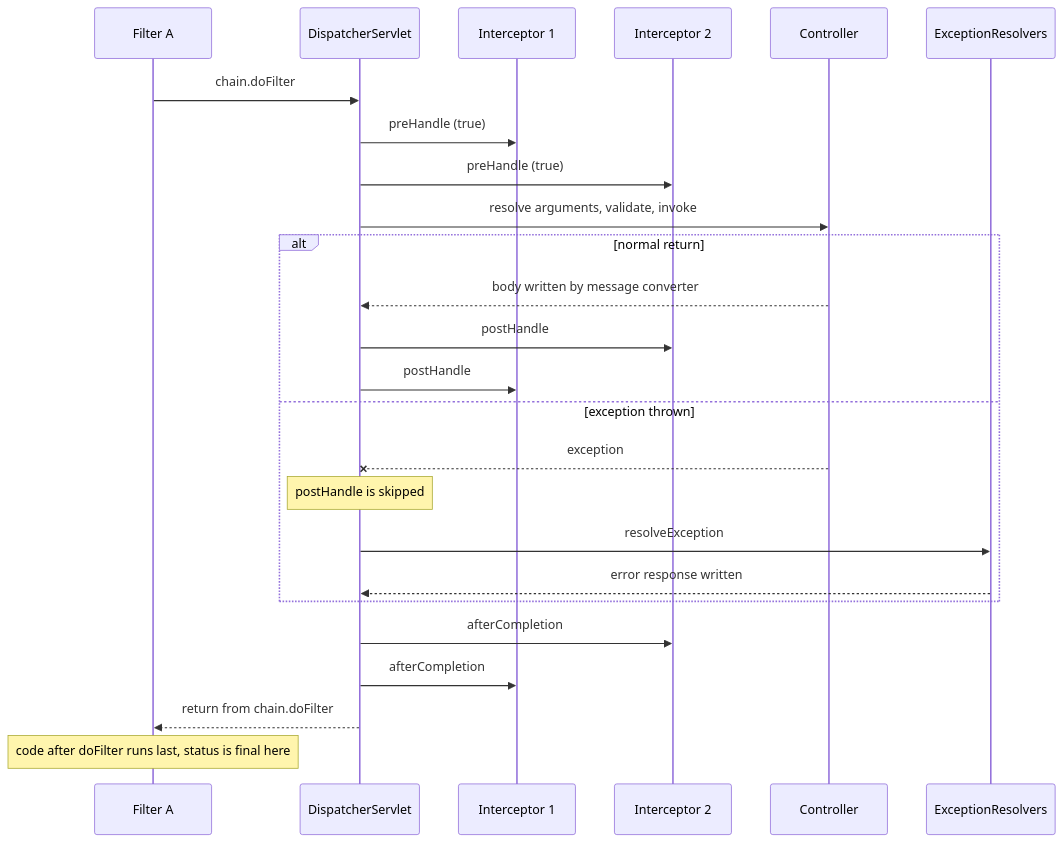
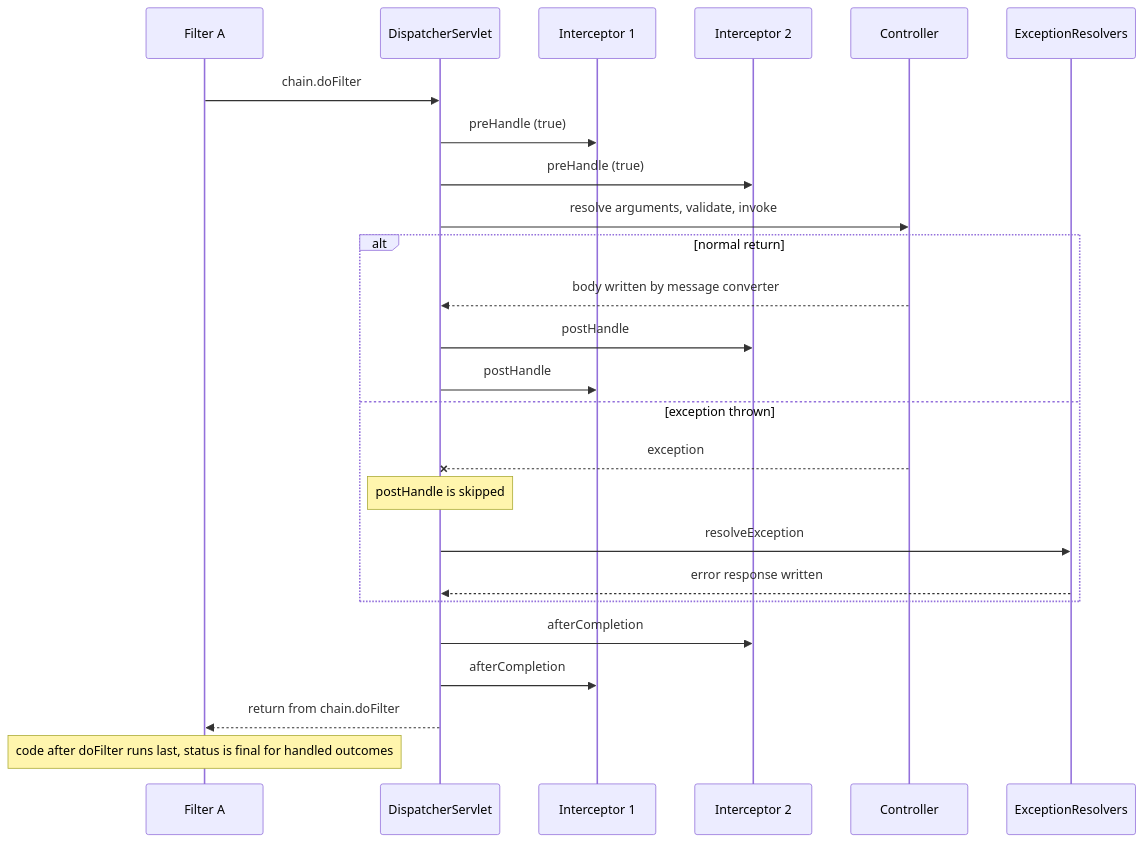
Before and after one commit to vishalhulawale/knowledge-base: the second of 2 diagrams in docs/spring-boot/05-spring-mvc-request-lifecycle-filters-vs-interceptors-excepti.md, drawn with Mermaid. The commit also changed other lines of this file and 5 other files, not shown here.

````diff
--- a/docs/spring-boot/05-spring-mvc-request-lifecycle-filters-vs-interceptors-excepti.md
+++ b/docs/spring-boot/05-spring-mvc-request-lifecycle-filters-vs-interceptors-excepti.md
@@ -106,27 +102,27 @@
 ```mermaid
 sequenceDiagram
     participant F as Filter A
     participant DS as DispatcherServlet
     participant I1 as Interceptor 1
     participant I2 as Interceptor 2
     participant CT as Controller
     participant EX as ExceptionResolvers
     F->>DS: chain.doFilter
     DS->>I1: preHandle (true)
     DS->>I2: preHandle (true)
     DS->>CT: resolve arguments, validate, invoke
     alt normal return
         CT-->>DS: body written by message converter
         DS->>I2: postHandle
         DS->>I1: postHandle
     else exception thrown
         CT--xDS: exception
         Note over DS: postHandle is skipped
         DS->>EX: resolveException
         EX-->>DS: error response written
     end
     DS->>I2: afterCompletion
     DS->>I1: afterCompletion
     DS-->>F: return from chain.doFilter
-    Note over F: code after doFilter runs last, status is final here
+    Note over F: code after doFilter runs last, status is final for handled outcomes
 ```
````
